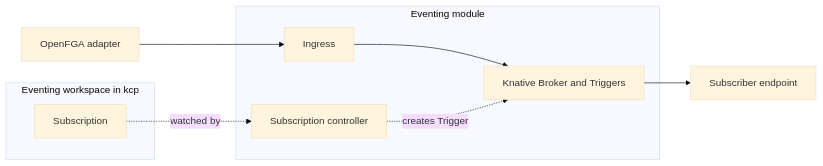
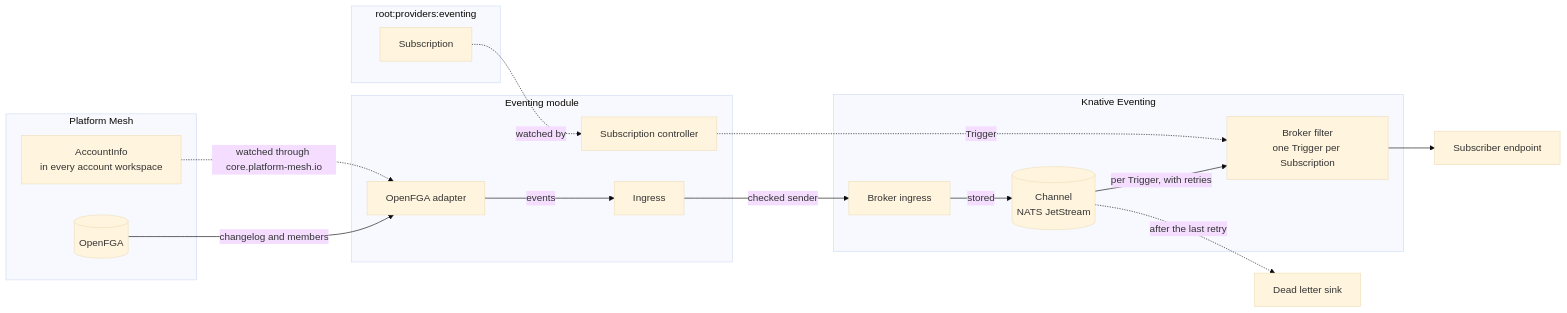
The first of 2 diagrams in docs/architecture.md (hellsontime/contrib-eventing), drawn with Mermaid (base theme) before and after one commit. The commit also changed other lines of this file and 4 other files, not shown here.

First line of the commit message:
docs: bring the docs up to date, diagrams for the parts and the flow

````diff
--- a/docs/architecture.md
+++ b/docs/architecture.md
@@ -7,17 +7,30 @@
 ```mermaid
 flowchart LR
-  fga[OpenFGA adapter]
-  subgraph Module[Eventing module]
-    ing[Ingress]
-    subs[Subscription controller]
-    kn[Knative Broker and Triggers]
+  subgraph PM[Platform Mesh]
+    fga[(OpenFGA)]
+    info["AccountInfo<br/>in every account workspace"]
   end
-  subgraph Admin[Eventing workspace in kcp]
+  subgraph Admin["root:providers:eventing"]
     sub[Subscription]
   end
-  fga --> ing
-  ing --> kn
-  sub -. watched by .-> subs
-  subs -. creates Trigger .-> kn
-  kn --> sink[Subscriber endpoint]
+  subgraph Module[Eventing module]
+    adapter[OpenFGA adapter]
+    ing[Ingress]
+    ctrl[Subscription controller]
+  end
+  subgraph Knative[Knative Eventing]
+    bi[Broker ingress]
+    ch[("Channel<br/>NATS JetStream")]
+    filter["Broker filter<br/>one Trigger per Subscription"]
+  end
+  fga -- changelog and members --> adapter
+  info -. "watched through core.platform-mesh.io" .-> adapter
+  adapter -- events --> ing
+  ing -- checked sender --> bi
+  bi -- stored --> ch
+  ch -- per Trigger, with retries --> filter
+  filter --> sink[Subscriber endpoint]
+  ch -. after the last retry .-> dls[Dead letter sink]
+  sub -. watched by .-> ctrl
+  ctrl -. Trigger .-> filter
 ```
````
